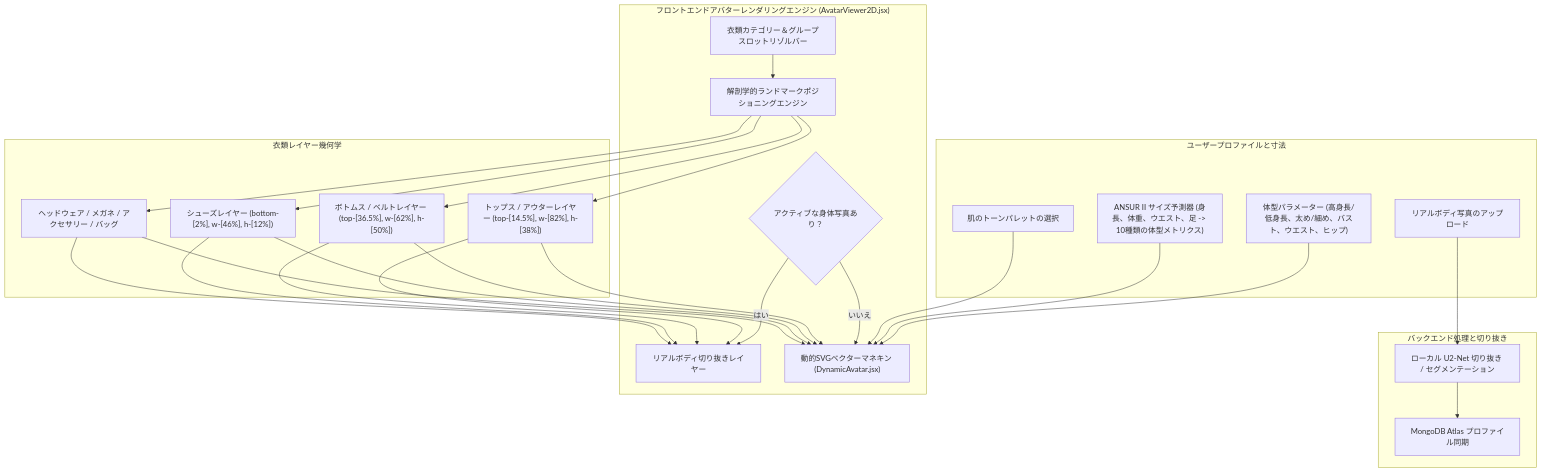
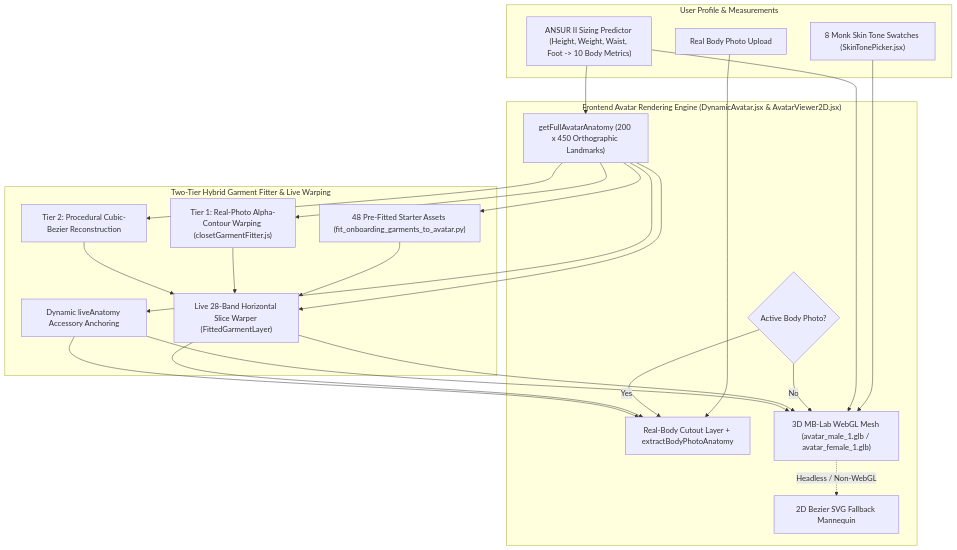
The diagram in wiki/ja/Avatar.md (Yoram-Jacobs/DressAppV1), drawn with Mermaid before and after one commit. The commit also changed other lines of this file and 249 other files, not shown here.

Commit message:
fix(avatar): restore 3D dynamic avatar in Saved Outfits canvas and sync garment coordinate mappings and translations

````diff
--- a/wiki/ja/Avatar.md
+++ b/wiki/ja/Avatar.md
@@ -17,41 +17,34 @@
 ```mermaid
 flowchart TD
-    subgraph UserProfile["ユーザープロファイルと寸法"]
-        U_Photo["リアルボディ写真のアップロード"]
-        U_Tone["肌のトーンパレットの選択"]
-        U_Params["体型パラメーター (高身長/低身長、太め/細め、バスト、ウエスト、ヒップ)"]
-        U_Sizing["ANSUR II サイズ予測器 (身長、体重、ウエスト、足 -> 10種類の体型メトリクス)"]
+    subgraph UserProfile["User Profile & Measurements"]
+        U_Photo["Real Body Photo Upload"]
+        U_Tone["8 Monk Skin Tone Swatches (SkinTonePicker.jsx)"]
+        U_Sizing["ANSUR II Sizing Predictor (Height, Weight, Waist, Foot -> 10 Body Metrics)"]
     end
 
-    subgraph BackendIngest["バックエンド処理と切り抜き"]
-        Rembg["ローカル U2-Net 切り抜き / セグメンテーション"]
-        Mongo["MongoDB Atlas プロファイル同期"]
+    subgraph AvatarEngine["Frontend Avatar Rendering Engine (DynamicAvatar.jsx & AvatarViewer2D.jsx)"]
+        ModeCheck{"Active Body Photo?"}
+        PhotoView["Real-Body Cutout Layer + extractBodyPhotoAnatomy"]
+        Mesh3DView["3D MB-Lab WebGL Mesh (avatar_male_1.glb / avatar_female_1.glb)"]
+        SvgFallback["2D Bezier SVG Fallback Mannequin"]
+        AnatomyEngine["getFullAvatarAnatomy (200 x 450 Orthographic Landmarks)"]
     end
 
-    subgraph AvatarEngine["フロントエンドアバターレンダリングエンジン (AvatarViewer2D.jsx)"]
-        ModeCheck{"アクティブな身体写真あり？"}
-        PhotoView["リアルボディ切り抜きレイヤー"]
-        MannequinView["動的SVGベクターマネキン (DynamicAvatar.jsx)"]
-        
-        GarmentResolver["衣類カテゴリー＆グループスロットリゾルバー"]
-        LandmarkCalc["解剖学的ランドマークポジショニングエンジン"]
+    subgraph GarmentFitting["Two-Tier Hybrid Garment Fitter & Live Warping"]
+        StarterCapsule["48 Pre-Fitted Starter Assets (fit_onboarding_garments_to_avatar.py)"]
+        Tier1Warp["Tier 1: Real-Photo Alpha-Contour Warping (closetGarmentFitter.js)"]
+        Tier2Bezier["Tier 2: Procedural Cubic-Bezier Reconstruction"]
+        SliceWarper["Live 28-Band Horizontal Slice Warper (FittedGarmentLayer)"]
+        AccessoryAnchor["Dynamic liveAnatomy Accessory Anchoring"]
     end
 
-    subgraph OverlayGeometry["衣類レイヤー幾何学"]
-        TopLayer["トップス / アウターレイヤー (top-[14.5%], w-[82%], h-[38%])"]
-        BottomLayer["ボトムス / ベルトレイヤー (top-[36.5%], w-[62%], h-[50%])"]
-        ShoesLayer["シューズレイヤー (bottom-[2%], w-[46%], h-[12%])"]
-        AccessoryLayers["ヘッドウェア / メガネ / アクセサリー / バッグ"]
-    end
-
-    U_Photo --> Rembg --> Mongo
-    U_Params & U_Sizing --> MannequinView
-    U_Tone --> MannequinView
-    
-    ModeCheck -- はい --> PhotoView
-    ModeCheck -- いいえ --> MannequinView
-
-    GarmentResolver --> LandmarkCalc
-    LandmarkCalc --> TopLayer & BottomLayer & ShoesLayer & AccessoryLayers
-    TopLayer & BottomLayer & ShoesLayer & AccessoryLayers --> PhotoView & MannequinView
+    U_Photo --> PhotoView
+    U_Tone & U_Sizing --> Mesh3DView
+    U_Sizing --> AnatomyEngine
+    ModeCheck -- Yes --> PhotoView
+    ModeCheck -- No --> Mesh3DView
+    Mesh3DView -. "Headless / Non-WebGL" .-> SvgFallback
+    AnatomyEngine --> StarterCapsule & Tier1Warp & Tier2Bezier & SliceWarper & AccessoryAnchor
+    StarterCapsule & Tier1Warp & Tier2Bezier --> SliceWarper
+    SliceWarper & AccessoryAnchor --> PhotoView & Mesh3DView
 ```
````
